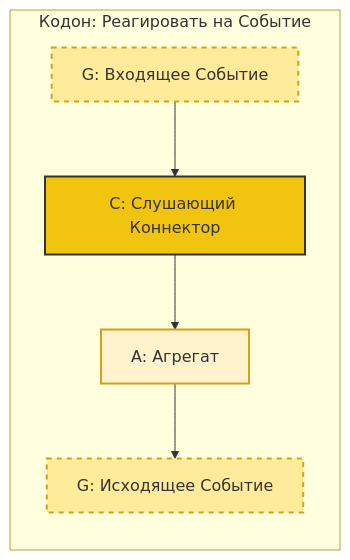
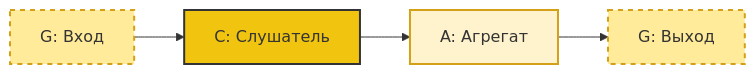
The fourth of 5 diagrams in article.ru.md (zaebee/agents), drawn with Mermaid before and after one commit. The commit also changed other lines of this file and 33 other files, not shown here.

````diff
--- a/article.ru.md
+++ b/article.ru.md
@@ -214,12 +55,4 @@
-```mermaid
-graph LR
-    subgraph "Кодон: Реагировать на Событие"
-        G_In[G: Входящее Событие] --> C[C: Слушающий Коннектор];
-        C --> A[A: Агрегат];
-        A --> G_Out[G: Исходящее Событие];
-    end
-    style G_In fill:#ffeb99,stroke:#d4a017,stroke-width:2px,stroke-dasharray: 5 5
-    style C fill:#f1c40f,stroke:#333,stroke-width:2px
-    style A fill:#fff3cd,stroke:#d4a017,stroke-width:2px
-    style G_Out fill:#ffeb99,stroke:#d4a017,stroke-width:2px,stroke-dasharray: 5 5
-```
+    ```mermaid
+    graph LR; G_In[G: Вход] --> C[C: Слушатель] --> A[A: Агрегат] --> G_Out[G: Выход];
+    style G_In fill:#ffeb99,stroke:#d4a017,stroke-width:2px,stroke-dasharray: 5 5; style C fill:#f1c40f,stroke:#333,stroke-width:2px; style A fill:#fff3cd,stroke:#d4a017,stroke-width:2px; style G_Out fill:#ffeb99,stroke:#d4a017,stroke-width:2px,stroke-dasharray: 5 5;
+    ```
````
